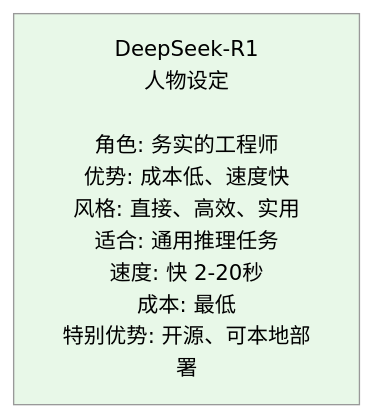
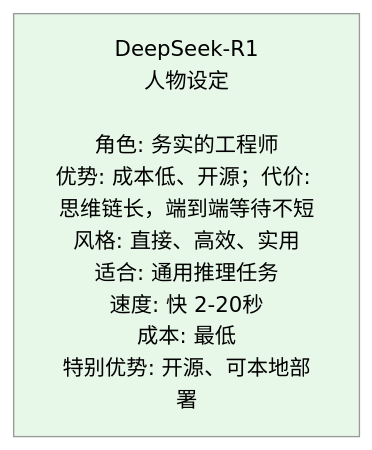
Before and after one commit to yeasy/ai_beginner_guide: the sixth of 9 diagrams in 07_reasoning_models/7.4_major_reasoning_models.md, drawn with Mermaid (neutral theme). The commit also changed 8 other files, not shown here.

````diff
--- a/07_reasoning_models/7.4_major_reasoning_models.md
+++ b/07_reasoning_models/7.4_major_reasoning_models.md
@@ -176,5 +176,5 @@
 ```mermaid
 graph LR
-    A["DeepSeek-R1<br/>人物设定<br/><br/>角色: 务实的工程师<br/>优势: 成本低、速度快<br/>风格: 直接、高效、实用<br/>适合: 通用推理任务<br/>速度: 快 2-20秒<br/>成本: 最低<br/>特别优势: 开源、可本地部署"]
+    A["DeepSeek-R1<br/>人物设定<br/><br/>角色: 务实的工程师<br/>优势: 成本低、开源；代价: 思维链长，端到端等待不短<br/>风格: 直接、高效、实用<br/>适合: 通用推理任务<br/>速度: 快 2-20秒<br/>成本: 最低<br/>特别优势: 开源、可本地部署"]
     style A fill:#E8F8E8
 ```
````
